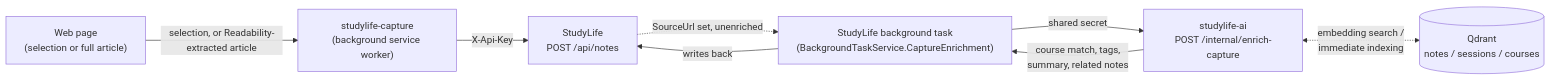
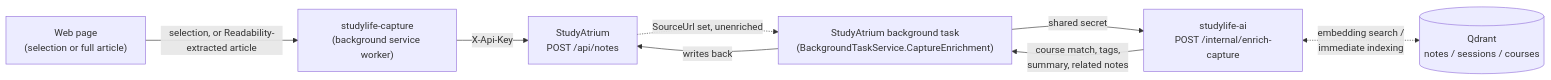
Before and after one commit to lukislp/studylife-capture: the diagram in README.md, drawn with Mermaid. The commit also changed other lines of this file and 9 other files, not shown here.

Commit message:
fix(brand): rename the public product name to StudyAtrium (#165)

````diff
--- a/README.md
+++ b/README.md
@@ -97,17 +99,17 @@
 ```mermaid
 flowchart LR
     Page["Web page\n(selection or full article)"]
     Ext["studylife-capture\n(background service worker)"]
-    API["StudyLife\nPOST /api/notes"]
-    Worker["StudyLife background task\n(BackgroundTaskService.CaptureEnrichment)"]
+    API["StudyAtrium\nPOST /api/notes"]
+    Worker["StudyAtrium background task\n(BackgroundTaskService.CaptureEnrichment)"]
     AI["studylife-ai\nPOST /internal/enrich-capture"]
     Qdrant[("Qdrant\nnotes / sessions / courses")]
 
     Page -- "selection, or Readability-extracted article" --> Ext
     Ext -- "X-Api-Key" --> API
     API -. "SourceUrl set, unenriched" .-> Worker
     Worker -- "shared secret" --> AI
     AI -- "course match, tags,\nsummary, related notes" --> Worker
     AI <-. "embedding search /\nimmediate indexing" .-> Qdrant
     Worker -- "writes back" --> API
 ```
````
